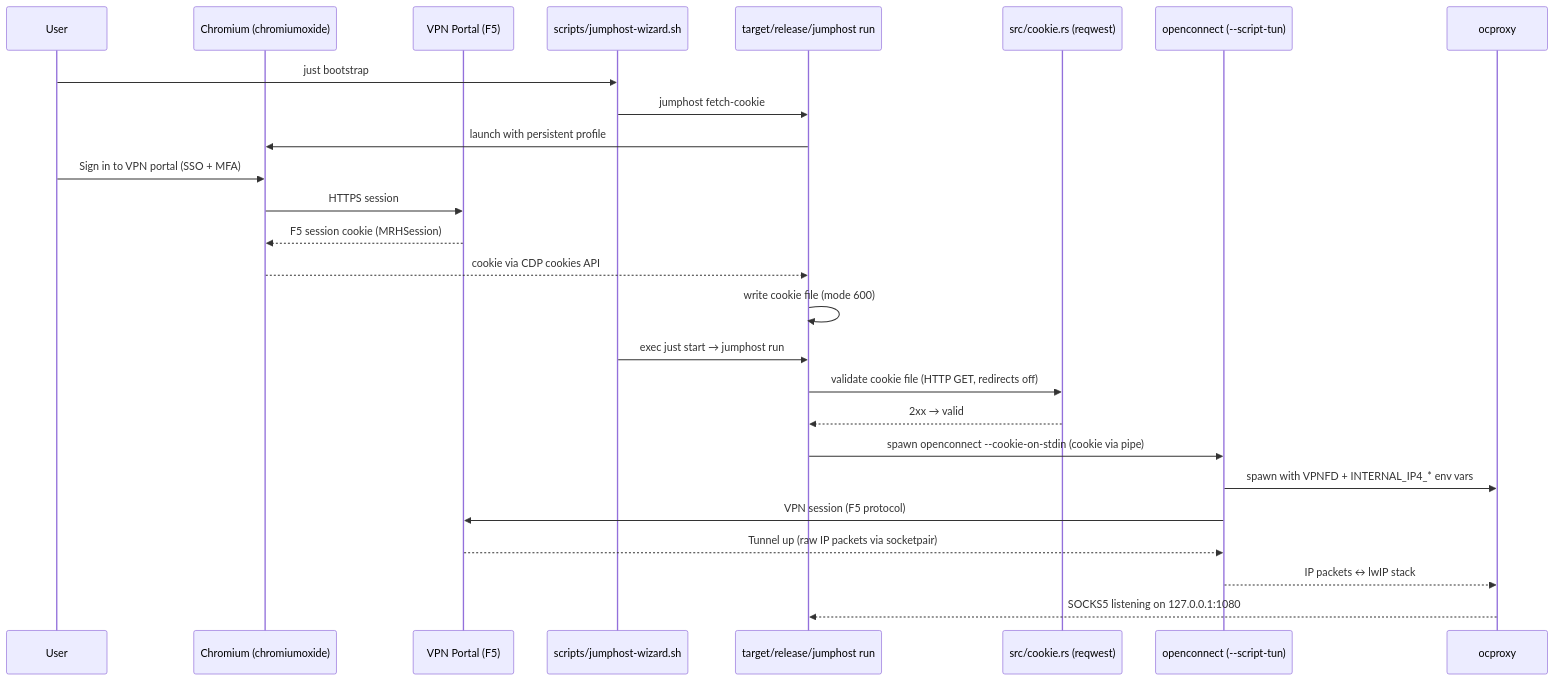
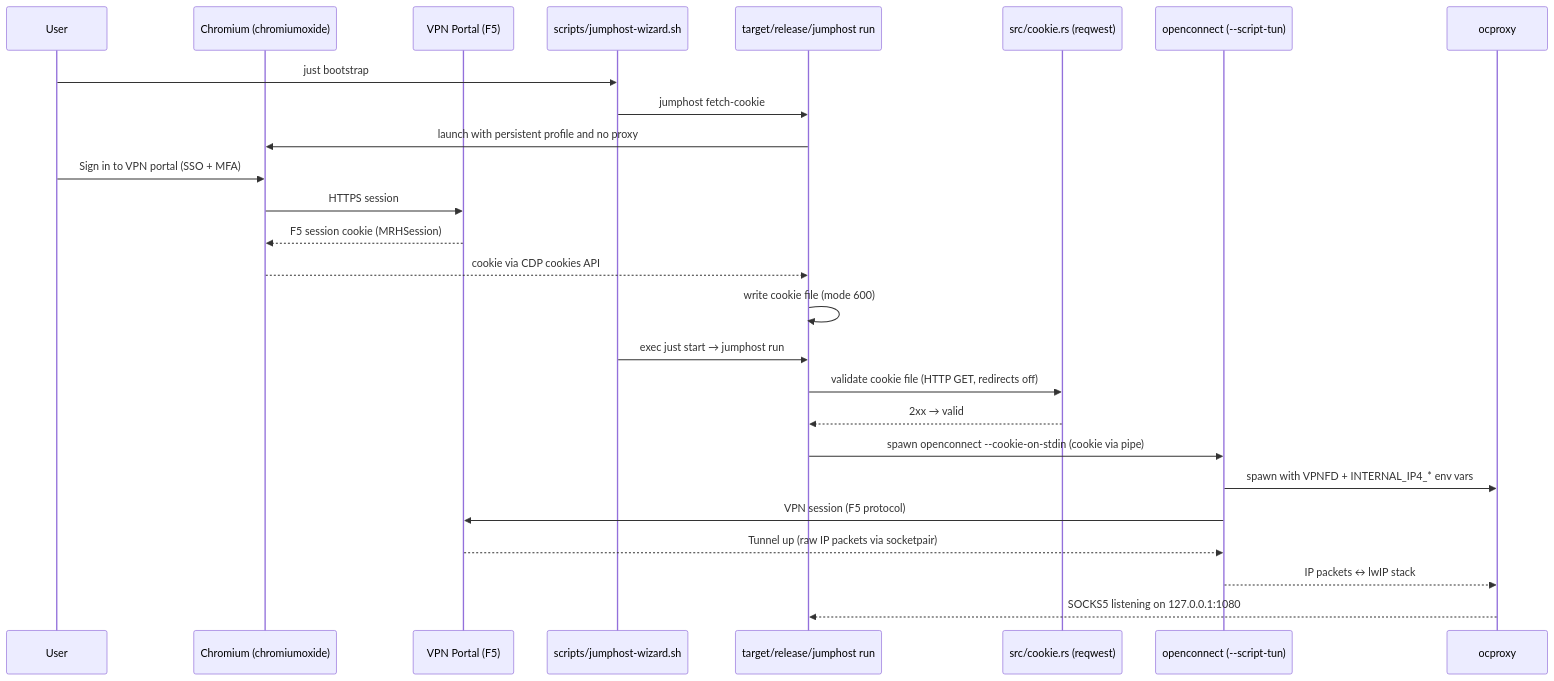
The second of 2 diagrams in docs/architecture.md (VITO-RMA/vpn-jumphost), drawn with Mermaid before and after one commit. The commit also changed other lines of this file and 4 other files, not shown here.

Commit message:
Make sure no proxy is used for the authentication flow

````diff
--- a/docs/architecture.md
+++ b/docs/architecture.md
@@ -67,29 +67,29 @@
 ```mermaid
 sequenceDiagram
   participant User
   participant Chromium as Chromium (chromiumoxide)
   participant Portal as VPN Portal (F5)
   participant Wizard as scripts/jumphost-wizard.sh
   participant JH as target/release/jumphost run
   participant Cookie as src/cookie.rs (reqwest)
   participant OC as openconnect (--script-tun)
   participant OCP as ocproxy
 
   User->>Wizard: just bootstrap
   Wizard->>JH: jumphost fetch-cookie
-  JH->>Chromium: launch with persistent profile
+  JH->>Chromium: launch with persistent profile and no proxy
   User->>Chromium: Sign in to VPN portal (SSO + MFA)
   Chromium->>Portal: HTTPS session
   Portal-->>Chromium: F5 session cookie (MRHSession)
   Chromium-->>JH: cookie via CDP cookies API
   JH->>JH: write cookie file (mode 600)
   Wizard->>JH: exec just start → jumphost run
   JH->>Cookie: validate cookie file (HTTP GET, redirects off)
   Cookie-->>JH: 2xx → valid
   JH->>OC: spawn openconnect --cookie-on-stdin (cookie via pipe)
   OC->>OCP: spawn with VPNFD + INTERNAL_IP4_* env vars
   OC->>Portal: VPN session (F5 protocol)
   Portal-->>OC: Tunnel up (raw IP packets via socketpair)
   OC-->>OCP: IP packets ↔ lwIP stack
   OCP-->>JH: SOCKS5 listening on 127.0.0.1:1080
 ```
````
